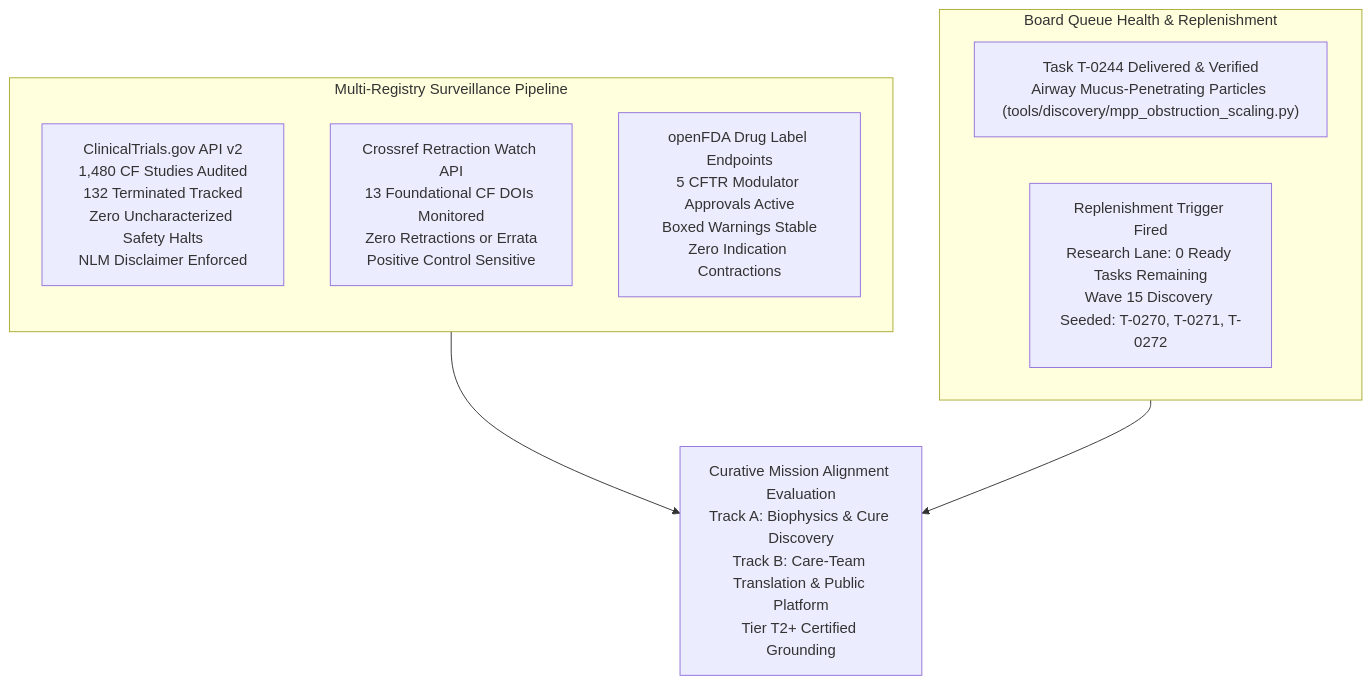
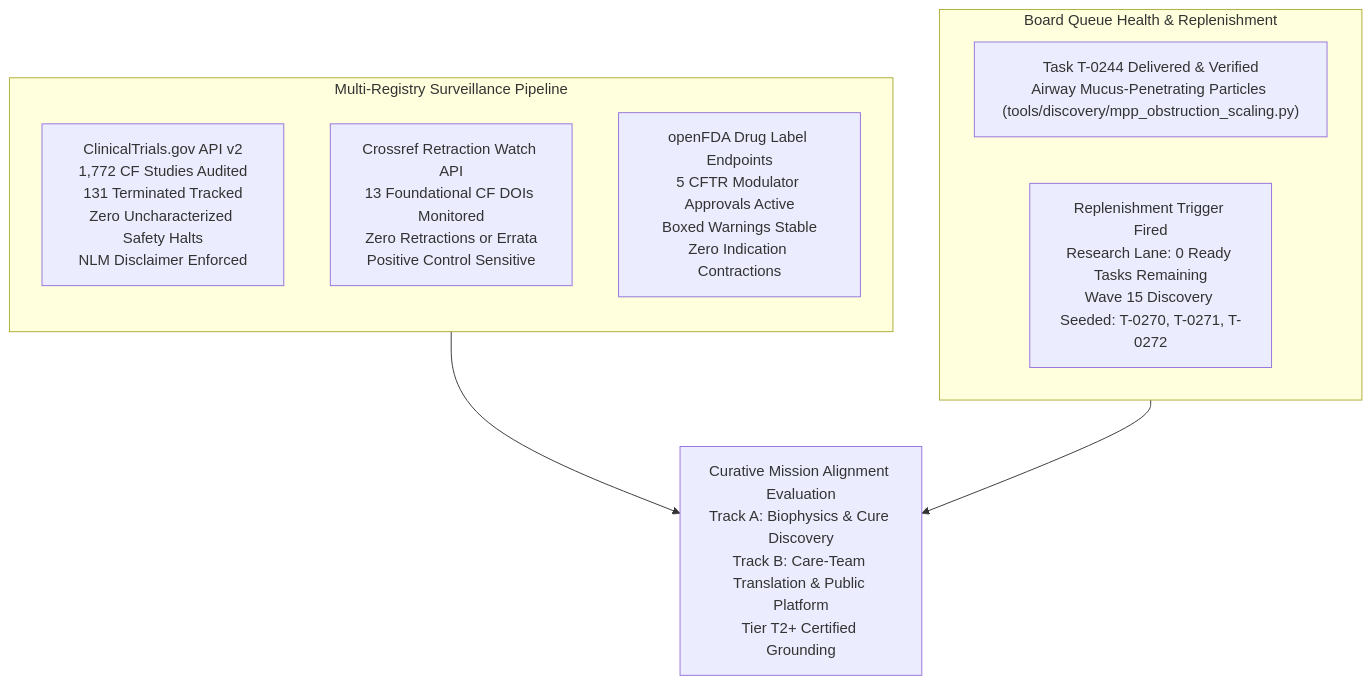
The first of 2 diagrams in landscape/mission-grounding-2026-10-22.md (senseiewok/cf-research), drawn with Mermaid before and after one commit. The commit also changed other lines of this file and 50 other files, not shown here.

````diff
--- a/landscape/mission-grounding-2026-10-22.md
+++ b/landscape/mission-grounding-2026-10-22.md
@@ -11,17 +11,17 @@
 ```mermaid
 flowchart TD
     subgraph MultiRegistry["Multi-Registry Surveillance Pipeline"]
         direction TB
-        R1["ClinicalTrials.gov API v2\n1,480 CF Studies Audited\n132 Terminated Tracked\nZero Uncharacterized Safety Halts\nNLM Disclaimer Enforced"]
+        R1["ClinicalTrials.gov API v2\n1,772 CF Studies Audited\n131 Terminated Tracked\nZero Uncharacterized Safety Halts\nNLM Disclaimer Enforced"]
         R2["Crossref Retraction Watch API\n13 Foundational CF DOIs Monitored\nZero Retractions or Errata\nPositive Control Sensitive"]
         R3["openFDA Drug Label Endpoints\n5 CFTR Modulator Approvals Active\nBoxed Warnings Stable\nZero Indication Contractions"]
     end
 
     subgraph BoardGovernance["Board Queue Health & Replenishment"]
         B1["Task T-0244 Delivered & Verified\nAirway Mucus-Penetrating Particles (tools/discovery/mpp_obstruction_scaling.py)"]
         B2["Replenishment Trigger Fired\nResearch Lane: 0 Ready Tasks Remaining\nWave 15 Discovery Seeded: T-0270, T-0271, T-0272"]
     end
 
     MultiRegistry --> Alignment["Curative Mission Alignment Evaluation\nTrack A: Biophysics & Cure Discovery\nTrack B: Care-Team Translation & Public Platform\nTier T2+ Certified Grounding"]
     BoardGovernance --> Alignment
 ```
````
